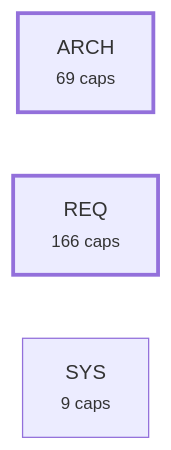
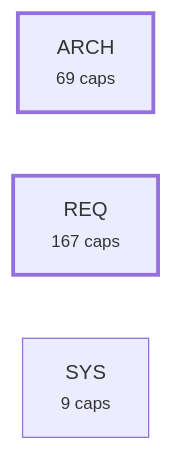
The fourth of 5 diagrams in plugin/requirements/_map.md (alxmax/Requirement-manager), drawn with Mermaid before and after one commit. The commit also changed other lines of this file and 17 other files, not shown here.

````diff
--- a/plugin/requirements/_map.md
+++ b/plugin/requirements/_map.md
@@ -967,8 +968,8 @@
 ```mermaid
 graph LR
   a_ARCH["ARCH<br><small>69 caps</small>"]
-  a_REQ["REQ<br><small>166 caps</small>"]
+  a_REQ["REQ<br><small>167 caps</small>"]
   a_SYS["SYS<br><small>9 caps</small>"]
   style a_ARCH stroke-width:3px
   style a_REQ stroke-width:3px
 ```
````
